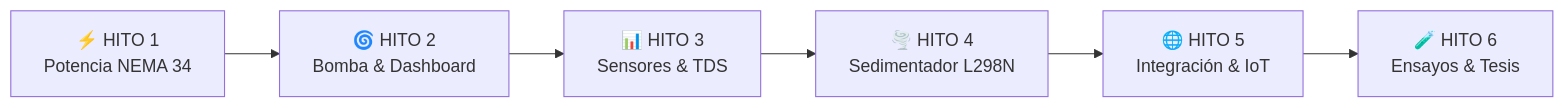
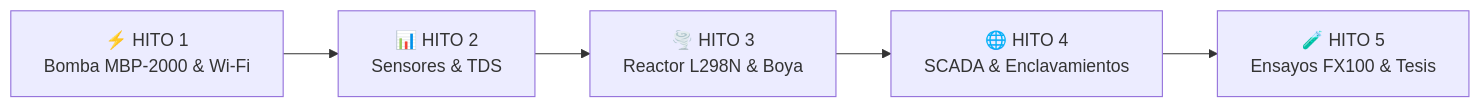
One commit to enzoocorte/Planta-Ultrafiltracion changed the diagram in README.md. Above: the diagram before and after it, drawn with Mermaid. The commit also changed other lines of this file and 16 other files, not shown here.

````diff
--- a/README.md
+++ b/README.md
@@ -35,8 +34,7 @@
 ```mermaid
 flowchart LR
-    H1["⚡ HITO 1<br>Potencia NEMA 34"] --> H2["🌀 HITO 2<br>Bomba & Dashboard"]
-    H2 --> H3["📊 HITO 3<br>Sensores & TDS"]
-    H3 --> H4["🌪️ HITO 4<br>Sedimentador L298N"]
-    H4 --> H5["🌐 HITO 5<br>Integración & IoT"]
-    H5 --> H6["🧪 HITO 6<br>Ensayos & Tesis"]
+    H1["⚡ HITO 1<br>Bomba MBP-2000 & Wi-Fi"] --> H2["📊 HITO 2<br>Sensores & TDS"]
+    H2 --> H3["🌪️ HITO 3<br>Reactor L298N & Boya"]
+    H3 --> H4["🌐 HITO 4<br>SCADA & Enclavamientos"]
+    H4 --> H5["🧪 HITO 5<br>Ensayos FX100 & Tesis"]
 ```
````
